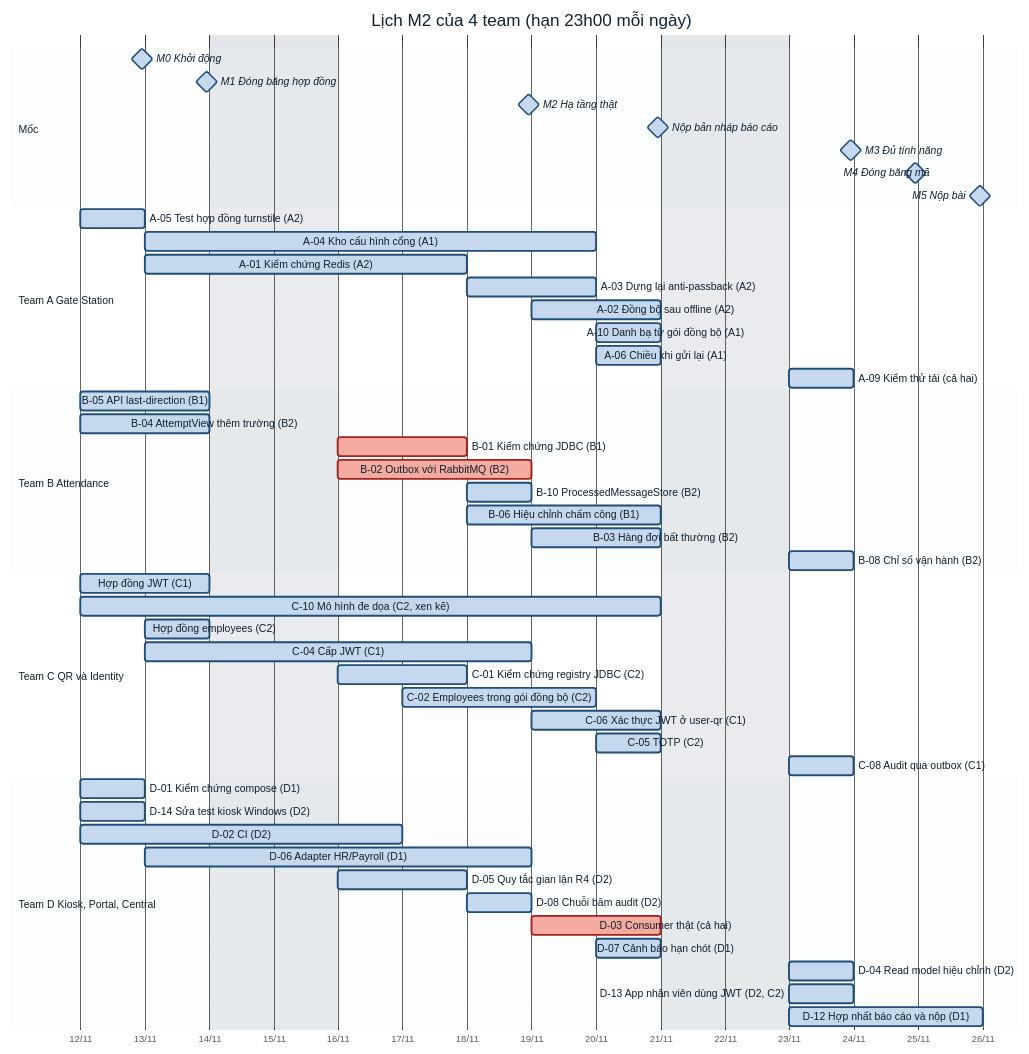
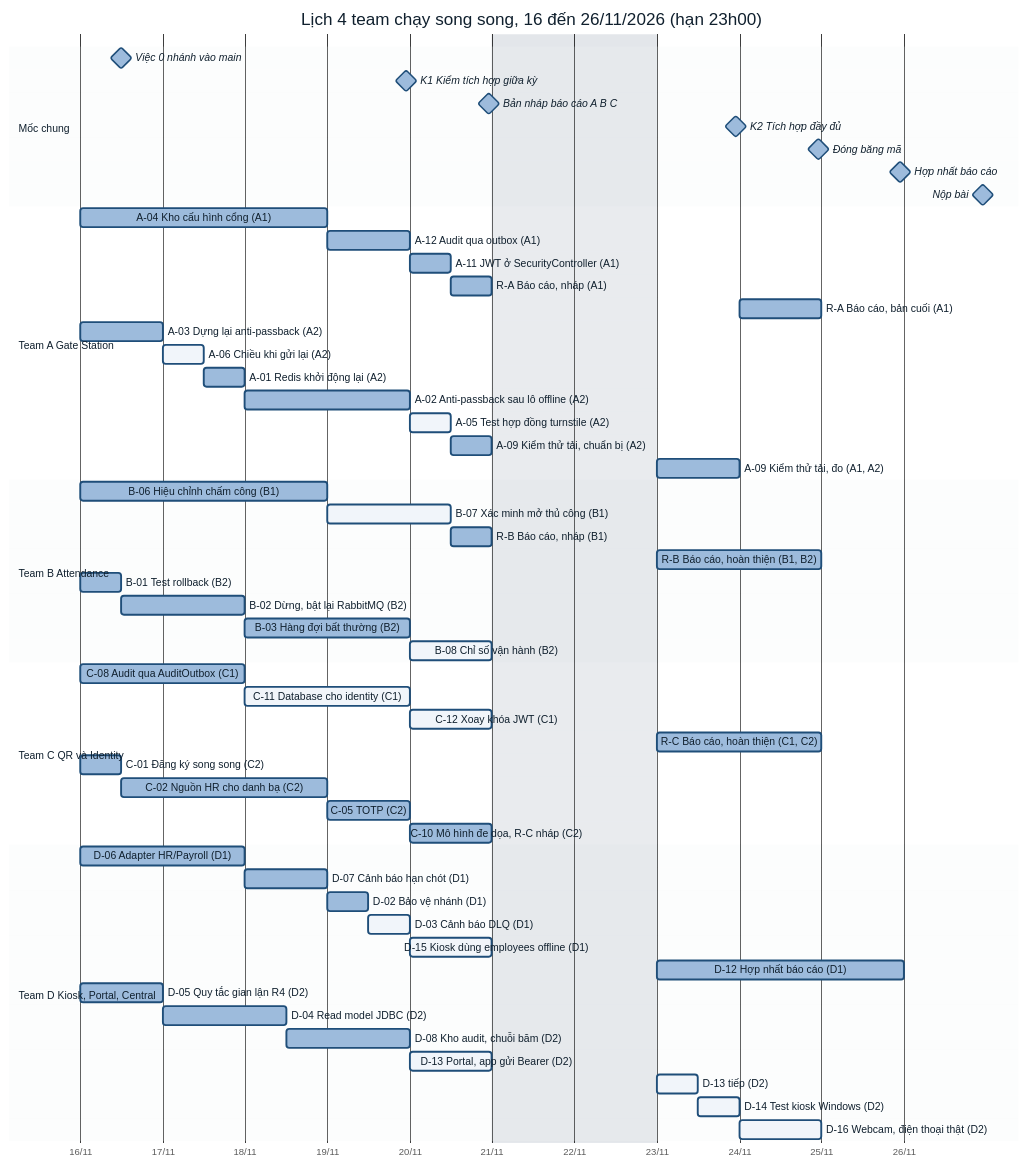
One commit to lamelihuynh/tmc changed the diagram in docs/handover/03-gantt.md. Above: the diagram before and after it, drawn with Mermaid. The commit also changed other lines of this file and 2 other files, not shown here.

Commit message:
docs(handover): redraw Gantt and interactive schedule for 16-26/11
Four parallel team lanes plus a shared milestone lane (checkpoints on
19/11 and 23/11, freeze 24/11, report 25/11, submission 26/11); the
handover table becomes seven optional integration checks. gantt.png is
regenerated with scripts/docs/render-gantt.mjs.

````diff
--- a/docs/handover/03-gantt.md
+++ b/docs/handover/03-gantt.md
@@ -47,63 +58,68 @@
 ```mermaid
-%%{init: {'theme': 'base', 'themeVariables': {'taskTextColor': '#10202e', 'taskTextDarkColor': '#10202e', 'taskTextOutsideColor': '#10202e', 'taskBkgColor': '#c6d8ee', 'taskBorderColor': '#1f4e79', 'activeTaskBkgColor': '#c6d8ee', 'critBkgColor': '#f3aaa0', 'critBorderColor': '#a3231c', 'sectionBkgColor': '#eef2f6', 'altSectionBkgColor': '#ffffff', 'sectionBkgColor2': '#eef2f6', 'excludeBkgColor': '#e3e6ea', 'gridColor': '#b9c2cc', 'titleColor': '#10202e'}}}%%
+%%{init: {'theme': 'base', 'themeVariables': {'taskTextColor': '#10202e', 'taskTextDarkColor': '#10202e', 'taskTextOutsideColor': '#10202e', 'taskTextLightColor': '#10202e', 'taskBkgColor': '#9dbbdc', 'taskBorderColor': '#1f4e79', 'activeTaskBkgColor': '#f1f5fa', 'activeTaskBorderColor': '#1f4e79', 'sectionBkgColor': '#eef2f6', 'altSectionBkgColor': '#ffffff', 'sectionBkgColor2': '#eef2f6', 'excludeBkgColor': '#e3e6ea', 'gridColor': '#b9c2cc', 'titleColor': '#10202e', 'milestoneBkgColor': '#0f6b52', 'milestoneBorderColor': '#0f6b52'}}}%%
 gantt
-    title Lịch M2 của 4 team (hạn 23h00 mỗi ngày)
+    title Lịch 4 team chạy song song, 16 đến 26/11/2026 (hạn 23h00)
     dateFormat YYYY-MM-DD HH:mm
     axisFormat %d/%m
     tickInterval 1day
     excludes weekends
     todayMarker off
 
-    section Mốc
-    M0 Khởi động                             :milestone, m0, 2026-11-12 23:00, 0d
-    M1 Đóng băng hợp đồng                    :milestone, m1, 2026-11-13 23:00, 0d
-    M2 Hạ tầng thật                          :milestone, m2, 2026-11-18 23:00, 0d
-    Nộp bản nháp báo cáo                     :milestone, m25, 2026-11-20 23:00, 0d
-    M3 Đủ tính năng                          :milestone, m3, 2026-11-23 23:00, 0d
-    M4 Đóng băng mã                          :milestone, m4, 2026-11-24 23:00, 0d
-    M5 Nộp bài                               :milestone, m5, 2026-11-25 23:00, 0d
+    section Mốc chung
+    Việc 0 nhánh vào main                   :milestone, m0, 2026-11-16 12:00, 0d
+    K1 Kiểm tích hợp giữa kỳ                :milestone, k1, 2026-11-19 23:00, 0d
+    Bản nháp báo cáo A B C                   :milestone, rp, 2026-11-20 23:00, 0d
+    K2 Tích hợp đầy đủ                       :milestone, k2, 2026-11-23 23:00, 0d
+    Đóng băng mã                             :milestone, fz, 2026-11-24 23:00, 0d
+    Hợp nhất báo cáo                         :milestone, rm, 2026-11-25 23:00, 0d
+    Nộp bài                                  :milestone, sb, 2026-11-26 23:00, 0d
 
     section Team A  Gate Station
-    A-05 Test hợp đồng turnstile (A2)        :a05, 2026-11-12 00:00, 1d
-    A-04 Kho cấu hình cổng (A1)              :a04, 2026-11-13 00:00, 5d
-    A-01 Kiểm chứng Redis (A2)               :a01, 2026-11-13 00:00, 3d
-    A-03 Dựng lại anti-passback (A2)         :a03, 2026-11-18 00:00, 2d
-    A-02 Đồng bộ sau offline (A2)            :a02, 2026-11-19 00:00, 2d
-    A-10 Danh bạ từ gói đồng bộ (A1)         :a10, 2026-11-20 00:00, 1d
-    A-06 Chiều khi gửi lại (A1)              :a06, 2026-11-20 00:00, 1d
-    A-09 Kiểm thử tải (cả hai)               :a09, 2026-11-23 00:00, 1d
+    A-04 Kho cấu hình cổng (A1)              :a04, 2026-11-16 00:00, 3d
+    A-12 Audit qua outbox (A1)               :a12, 2026-11-19 00:00, 1d
+    A-11 JWT ở SecurityController (A1)       :a11, 2026-11-20 00:00, 12h
+    R-A Báo cáo, nháp (A1)                   :ra1, 2026-11-20 12:00, 12h
+    R-A Báo cáo, bản cuối (A1)               :ra2, 2026-11-24 00:00, 1d
+    A-03 Dựng lại anti-passback (A2)         :a03, 2026-11-16 00:00, 1d
+    A-06 Chiều khi gửi lại (A2)              :active, a06, 2026-11-17 00:00, 12h
+    A-01 Redis khởi động lại (A2)            :a01, 2026-11-17 12:00, 12h
+    A-02 Anti-passback sau lô offline (A2)   :a02, 2026-11-18 00:00, 2d
+    A-05 Test hợp đồng turnstile (A2)        :active, a05, 2026-11-20 00:00, 12h
+    A-09 Kiểm thử tải, chuẩn bị (A2)         :a09, 2026-11-20 12:00, 12h
+    A-09 Kiểm thử tải, đo (A1, A2)           :a09b, 2026-11-23 00:00, 1d
 
     section Team B  Attendance
-    B-05 API last-direction (B1)             :b05, 2026-11-12 00:00, 2d
-    B-04 AttemptView thêm trường (B2)        :b04, 2026-11-12 00:00, 2d
-    B-01 Kiểm chứng JDBC (B1)                :crit, b01, 2026-11-16 00:00, 2d
-    B-02 Outbox với RabbitMQ (B2)            :crit, b02, 2026-11-16 00:00, 3d
-    B-10 ProcessedMessageStore (B2)          :b10, 2026-11-18 00:00, 1d
-    B-06 Hiệu chỉnh chấm công (B1)           :b06, 2026-11-18 00:00, 3d
-    B-03 Hàng đợi bất thường (B2)            :b03, 2026-11-19 00:00, 2d
-    B-08 Chỉ số vận hành (B2)                :b08, 2026-11-23 00:00, 1d
+    B-06 Hiệu chỉnh chấm công (B1)           :b06, 2026-11-16 00:00, 3d
+    B-07 Xác minh mở thủ công (B1)           :active, b07, 2026-11-19 00:00, 36h
+    R-B Báo cáo, nháp (B1)                   :rb1, 2026-11-20 12:00, 12h
+    R-B Báo cáo, hoàn thiện (B1, B2)         :rb2, 2026-11-23 00:00, 2d
+    B-01 Test rollback (B2)                  :b01, 2026-11-16 00:00, 12h
+    B-02 Dừng, bật lại RabbitMQ (B2)         :b02, 2026-11-16 12:00, 36h
+    B-03 Hàng đợi bất thường (B2)            :b03, 2026-11-18 00:00, 2d
+    B-08 Chỉ số vận hành (B2)                :active, b08, 2026-11-20 00:00, 1d
 
     section Team C  QR và Identity
-    Hợp đồng JWT (C1)                        :cjwt, 2026-11-12 00:00, 2d
-    C-10 Mô hình đe dọa (C2, xen kẽ)         :c10, 2026-11-12 00:00, 7d
-    Hợp đồng employees (C2)                  :cemp, 2026-11-13 00:00, 1d
-    C-04 Cấp JWT (C1)                        :c04, 2026-11-13 00:00, 4d
-    C-01 Kiểm chứng registry JDBC (C2)       :c01, 2026-11-16 00:00, 2d
-    C-02 Employees trong gói đồng bộ (C2)    :c02, 2026-11-17 00:00, 3d
-    C-06 Xác thực JWT ở user-qr (C1)         :c06, 2026-11-19 00:00, 2d
-    C-05 TOTP (C2)                           :c05, 2026-11-20 00:00, 1d
-    C-08 Audit qua outbox (C1)               :c08, 2026-11-23 00:00, 1d
+    C-08 Audit qua AuditOutbox (C1)          :c08, 2026-11-16 00:00, 2d
+    C-11 Database cho identity (C1)          :active, c11, 2026-11-18 00:00, 2d
+    C-12 Xoay khóa JWT (C1)                  :active, c12, 2026-11-20 00:00, 1d
+    R-C Báo cáo, hoàn thiện (C1, C2)         :rc2, 2026-11-23 00:00, 2d
+    C-01 Đăng ký song song (C2)              :c01, 2026-11-16 00:00, 12h
+    C-02 Nguồn HR cho danh bạ (C2)           :c02, 2026-11-16 12:00, 60h
+    C-05 TOTP (C2)                           :c05, 2026-11-19 00:00, 1d
+    C-10 Mô hình đe dọa, R-C nháp (C2)       :c10, 2026-11-20 00:00, 1d
 
     section Team D  Kiosk, Portal, Central
-    D-01 Kiểm chứng compose (D1)             :d01, 2026-11-12 00:00, 1d
-    D-14 Sửa test kiosk Windows (D2)         :d14, 2026-11-12 00:00, 1d
-    D-02 CI (D2)                             :d02, 2026-11-12 00:00, 3d
-    D-06 Adapter HR/Payroll (D1)             :d06, 2026-11-13 00:00, 4d
-    D-05 Quy tắc gian lận R4 (D2)            :d05, 2026-11-16 00:00, 2d
-    D-08 Chuỗi băm audit (D2)                :d08, 2026-11-18 00:00, 1d
-    D-03 Consumer thật (cả hai)              :crit, d03, 2026-11-19 00:00, 2d
-    D-07 Cảnh báo hạn chót (D1)              :d07, 2026-11-20 00:00, 1d
-    D-04 Read model hiệu chỉnh (D2)          :d04, 2026-11-23 00:00, 1d
-    D-13 App nhân viên dùng JWT (D2, C2)     :d13, 2026-11-23 00:00, 1d
-    D-12 Hợp nhất báo cáo và nộp (D1)        :d12, 2026-11-23 00:00, 3d
+    D-06 Adapter HR/Payroll (D1)             :d06, 2026-11-16 00:00, 2d
+    D-07 Cảnh báo hạn chót (D1)              :d07, 2026-11-18 00:00, 1d
+    D-02 Bảo vệ nhánh (D1)                   :d02, 2026-11-19 00:00, 12h
+    D-03 Cảnh báo DLQ (D1)                   :active, d03, 2026-11-19 12:00, 12h
+    D-15 Kiosk dùng employees offline (D1)   :active, d15, 2026-11-20 00:00, 1d
+    D-12 Hợp nhất báo cáo (D1)               :d12, 2026-11-23 00:00, 3d
+    D-05 Quy tắc gian lận R4 (D2)            :d05, 2026-11-16 00:00, 1d
+    D-04 Read model JDBC (D2)                :d04, 2026-11-17 00:00, 36h
+    D-08 Kho audit, chuỗi băm (D2)           :d08, 2026-11-18 12:00, 36h
+    D-13 Portal, app gửi Bearer (D2)         :active, d13, 2026-11-20 00:00, 1d
+    D-13 tiếp (D2)                           :active, d13b, 2026-11-23 00:00, 12h
+    D-14 Test kiosk Windows (D2)             :active, d14, 2026-11-23 12:00, 12h
+    D-16 Webcam, điện thoại thật (D2)        :active, d16, 2026-11-24 00:00, 1d
 ```
````
